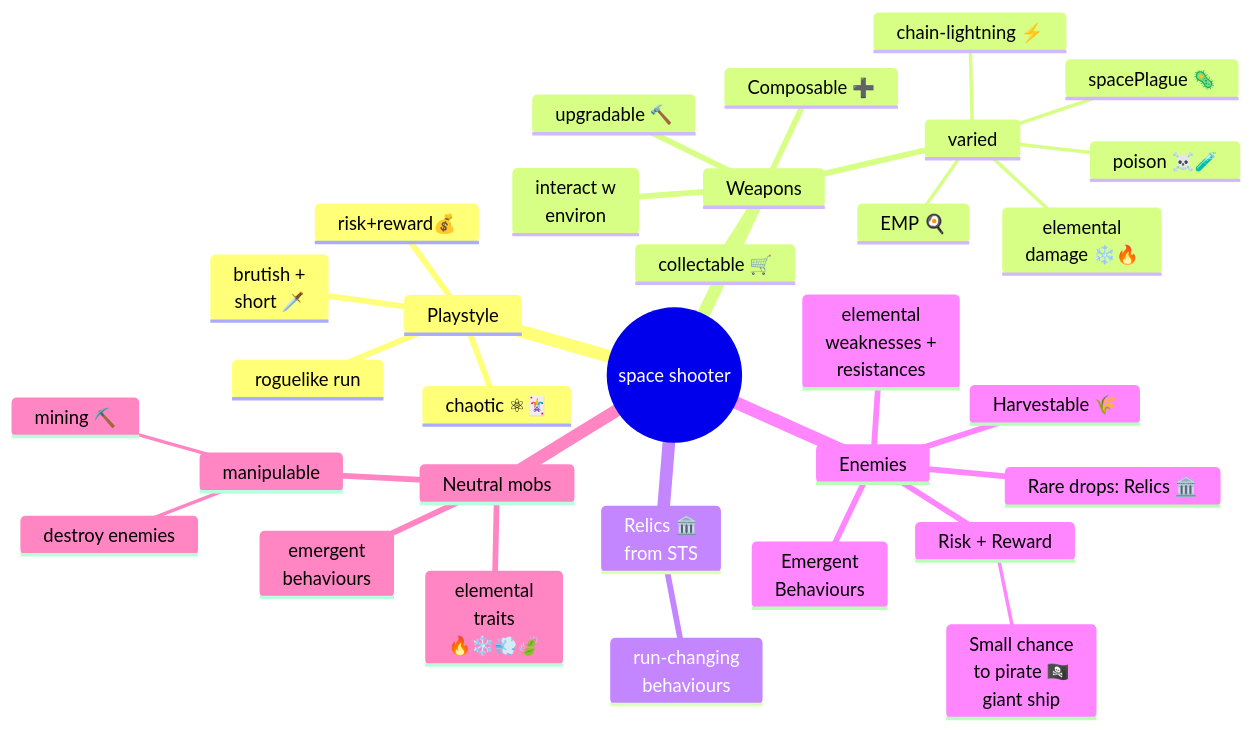
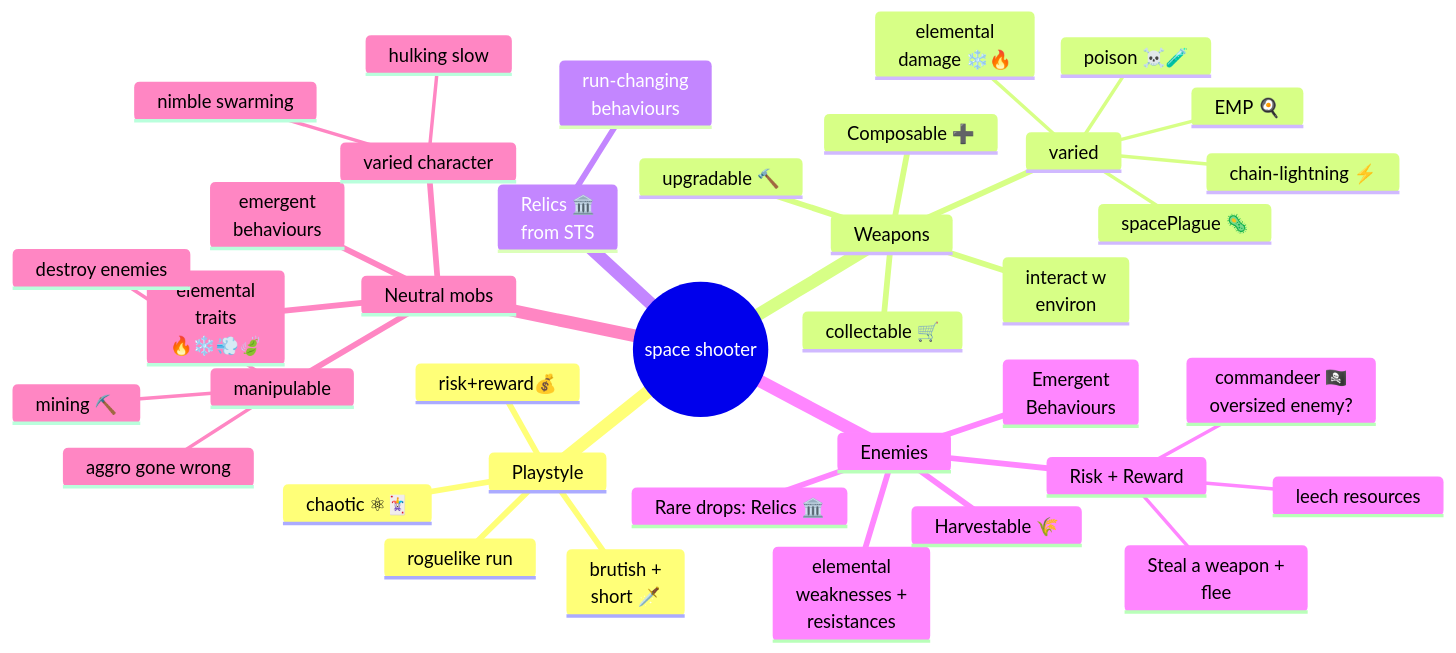
The diagram in docs/todo.md (nbogie/p5js-space-scroller), drawn with Mermaid before and after one commit. The commit also changed other lines of this file, not shown here.

````diff
--- a/docs/todo.md
+++ b/docs/todo.md
@@ -22,36 +22,42 @@
 ```mermaid
 %%{init: {'theme': 'default'}}%%
 mindmap
   root((space shooter))
     Playstyle
       roguelike run
       risk+reward💰
       chaotic ⚛🃏
       brutish +<br/>short 🗡️
     Weapons
       Composable ➕
       varied
         elemental<br/>damage ❄️🔥
         spacePlague 🦠
         EMP 🍳
         chain-lightning ⚡️
         poison ☠️🧪
       interact w<br/>environ
       collectable 🛒
       upgradable 🔨
     Relics 🏛️<br/>from STS
       run-changing<br/>behaviours
     Enemies
       Emergent<br/>Behaviours
       Risk + Reward
-        Small chance<br/>to pirate 🏴‍☠️<br/>giant ship
+        commandeer 🏴‍☠️<br/>oversized enemy?
+        Steal a weapon +<br/>flee
+        leech resources
       elemental<br/>weaknesses +<br/>resistances
       Harvestable 🌾
       Rare drops: Relics 🏛️
     Neutral mobs
       elemental<br/>traits<br/>🔥❄️💨🍃
       emergent<br/>behaviours
+      varied character
+        hulking slow
+        nimble swarming
       manipulable
         destroy enemies
         mining ⛏️
+        aggro gone wrong
 ```
````
